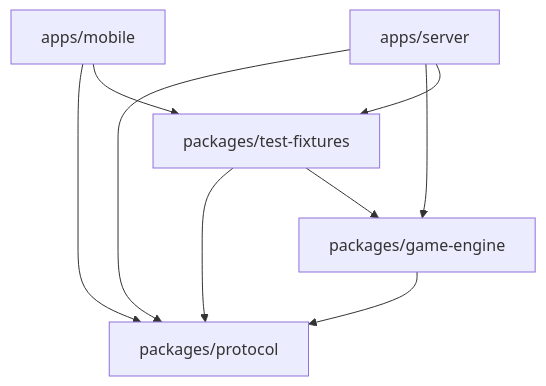
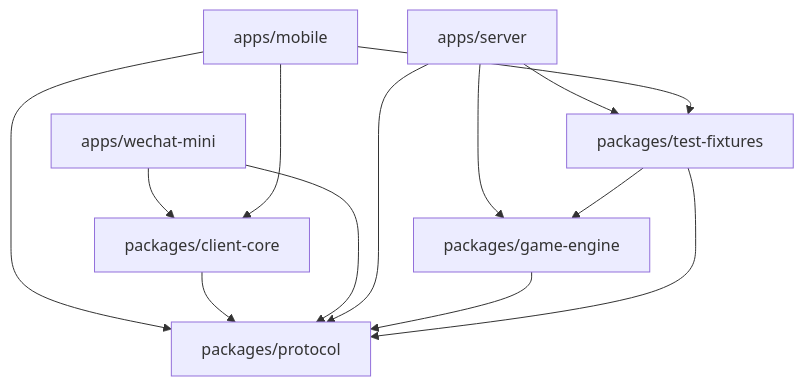
One commit to Anguy491/Avalon changed the second of 3 diagrams in docs/architecture/README.md. Above: the diagram before and after it, drawn with Mermaid. The commit also changed other lines of this file and 93 other files, not shown here.

````diff
--- a/docs/architecture/README.md
+++ b/docs/architecture/README.md
@@ -46,11 +46,15 @@
 ```mermaid
 flowchart TD
     MOBILE["apps/mobile"] --> PROTOCOL["packages/protocol"]
+    WECHAT["apps/wechat-mini"] --> CLIENTCORE["packages/client-core"]
+    MOBILE --> CLIENTCORE
+    CLIENTCORE --> PROTOCOL
+    WECHAT --> PROTOCOL
     SERVER["apps/server"] --> PROTOCOL
     SERVER --> ENGINE["packages/game-engine"]
     SERVER --> FIXTURES["packages/test-fixtures"]
     MOBILE --> FIXTURES
     ENGINE --> PROTOCOL
     FIXTURES --> PROTOCOL
     FIXTURES --> ENGINE
 ```
````
